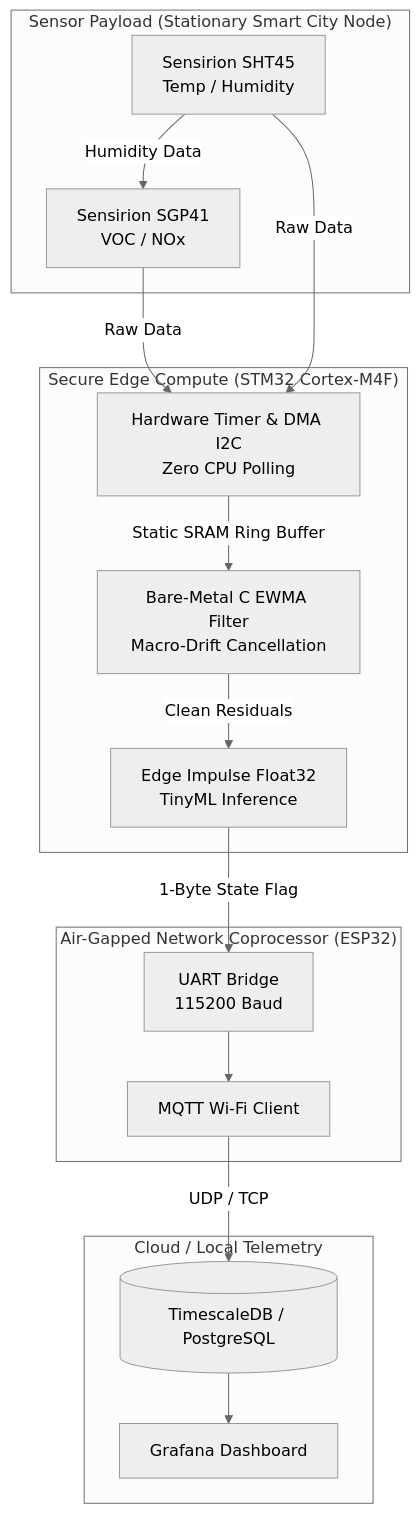
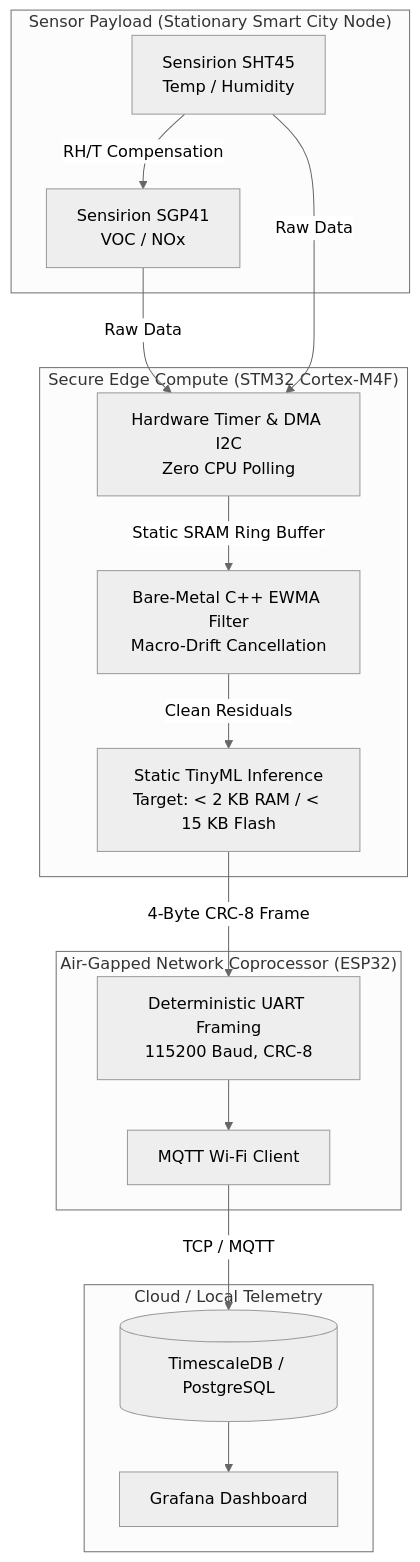
One commit to jerrinmathewgeorge/Edge_AI_Telemetry_Node changed the diagram in README.md. Above: the diagram before and after it, drawn with Mermaid (neutral theme). The commit also changed other lines of this file and 8 other files, not shown here.

Commit message:
Sync README status and upgrade UART bridge to 4-byte CRC-8 framing

````diff
--- a/README.md
+++ b/README.md
@@ -14,32 +15,32 @@
 ```mermaid
 graph TD
     subgraph "Sensor Payload (Stationary Smart City Node)"
         SGP41[Sensirion SGP41<br>VOC / NOx]
         SHT45[Sensirion SHT45<br>Temp / Humidity]
     end
 
     subgraph "Secure Edge Compute (STM32 Cortex-M4F)"
         DMA[Hardware Timer & DMA I2C<br>Zero CPU Polling]
-        EWMA[Bare-Metal C EWMA Filter<br>Macro-Drift Cancellation]
-        ML[Edge Impulse Float32<br>TinyML Inference]
+        EWMA[Bare-Metal C++ EWMA Filter<br>Macro-Drift Cancellation]
+        ML[Static TinyML Inference<br>Target: < 2 KB RAM / < 15 KB Flash]
     end
 
     subgraph "Air-Gapped Network Coprocessor (ESP32)"
-        UART[UART Bridge<br>115200 Baud]
+        UART[Deterministic UART Framing<br>115200 Baud, CRC-8]
         MQTT[MQTT Wi-Fi Client]
     end
 
     subgraph "Cloud / Local Telemetry"
         TSDB[(TimescaleDB / PostgreSQL)]
         Grafana[Grafana Dashboard]
     end
 
-    SHT45 -- "Humidity Data" --> SGP41
+    SHT45 -- "RH/T Compensation" --> SGP41
     SGP41 & SHT45 -- "Raw Data" --> DMA
     DMA -- "Static SRAM Ring Buffer" --> EWMA
     EWMA -- "Clean Residuals" --> ML
-    ML -- "1-Byte State Flag" --> UART
+    ML -- "4-Byte CRC-8 Frame" --> UART
     UART --> MQTT
-    MQTT -- "UDP / TCP" --> TSDB
+    MQTT -- "TCP / MQTT" --> TSDB
     TSDB --> Grafana
 ```
````
